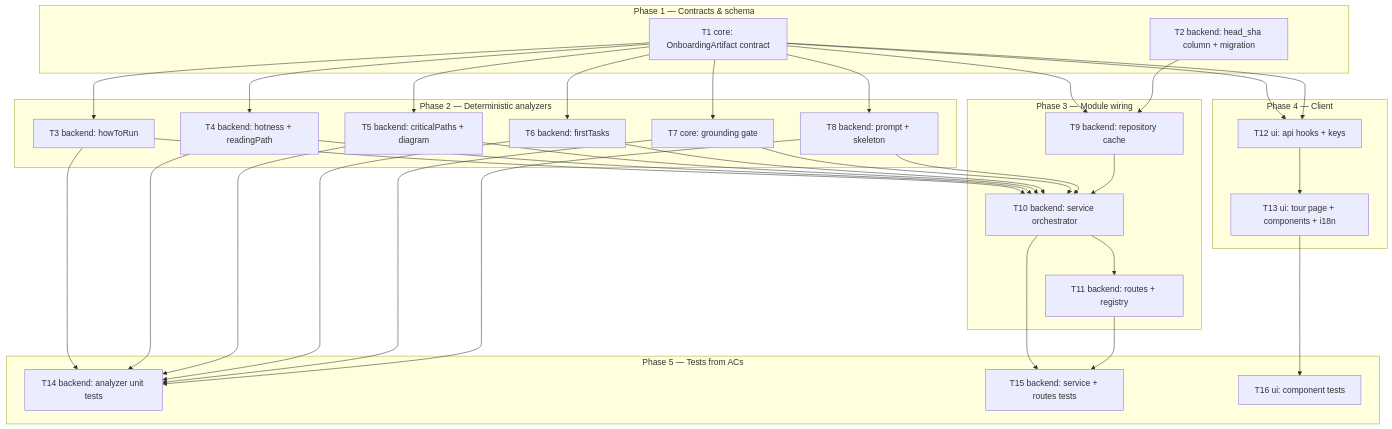
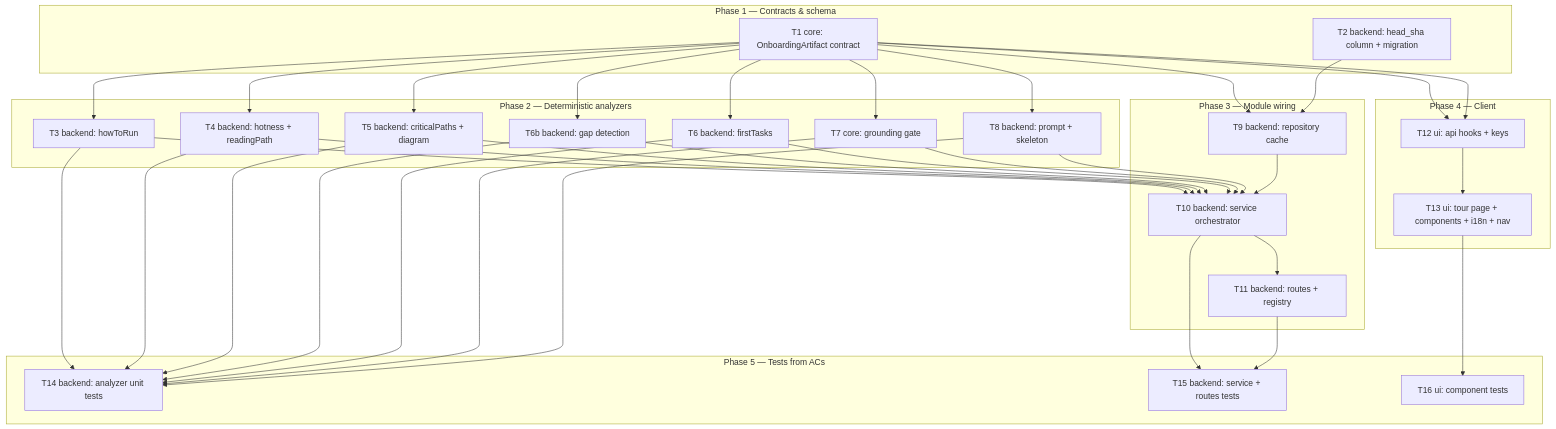
The diagram in docs/plans/PLAN-onboarding-generator.md (helga-cheberakha/dev-digest), drawn with Mermaid before and after one commit. The commit also changed other lines of this file, not shown here.

````diff
--- a/docs/plans/PLAN-onboarding-generator.md
+++ b/docs/plans/PLAN-onboarding-generator.md
@@ -118,37 +143,38 @@
 ```mermaid
 flowchart TD
   subgraph P1[Phase 1 — Contracts & schema]
     T1[T1 core: OnboardingArtifact contract]
     T2[T2 backend: head_sha column + migration]
   end
   subgraph P2[Phase 2 — Deterministic analyzers]
     T3[T3 backend: howToRun]
     T4[T4 backend: hotness + readingPath]
     T5[T5 backend: criticalPaths + diagram]
+    T6b[T6b backend: gap detection]
     T6[T6 backend: firstTasks]
     T7[T7 core: grounding gate]
     T8[T8 backend: prompt + skeleton]
   end
   subgraph P3[Phase 3 — Module wiring]
     T9[T9 backend: repository cache]
     T10[T10 backend: service orchestrator]
     T11[T11 backend: routes + registry]
   end
   subgraph P4[Phase 4 — Client]
     T12[T12 ui: api hooks + keys]
-    T13[T13 ui: tour page + components + i18n]
+    T13[T13 ui: tour page + components + i18n + nav]
   end
   subgraph P5[Phase 5 — Tests from ACs]
     T14[T14 backend: analyzer unit tests]
     T15[T15 backend: service + routes tests]
     T16[T16 ui: component tests]
   end
-  T1 --> T3 & T4 & T5 & T6 & T7 & T8 & T9 & T12
+  T1 --> T3 & T4 & T5 & T6b & T6 & T7 & T8 & T9 & T12
   T2 --> T9
-  T3 & T4 & T5 & T6 & T7 & T8 & T9 --> T10
+  T3 & T4 & T5 & T6b & T6 & T7 & T8 & T9 --> T10
   T10 --> T11
   T1 --> T12 --> T13
-  T3 & T4 & T5 & T6 & T7 & T8 --> T14
+  T3 & T4 & T5 & T6b & T6 & T7 & T8 --> T14
   T10 & T11 --> T15
   T13 --> T16
 ```
````
